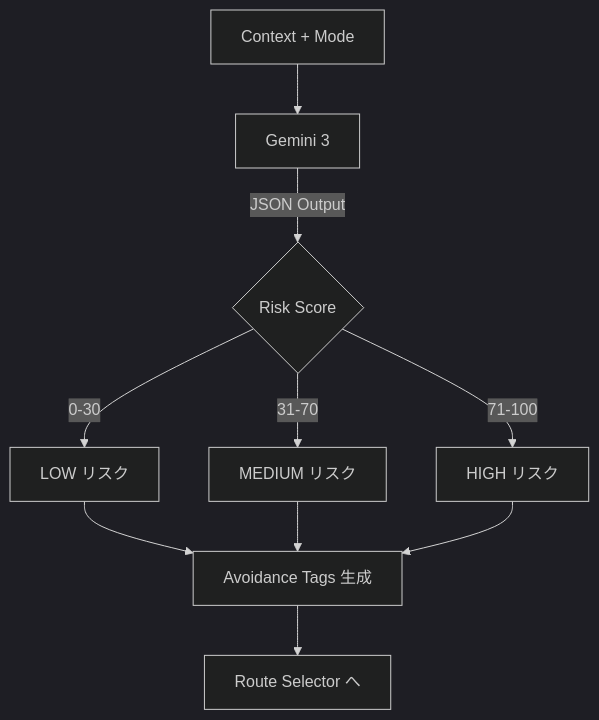
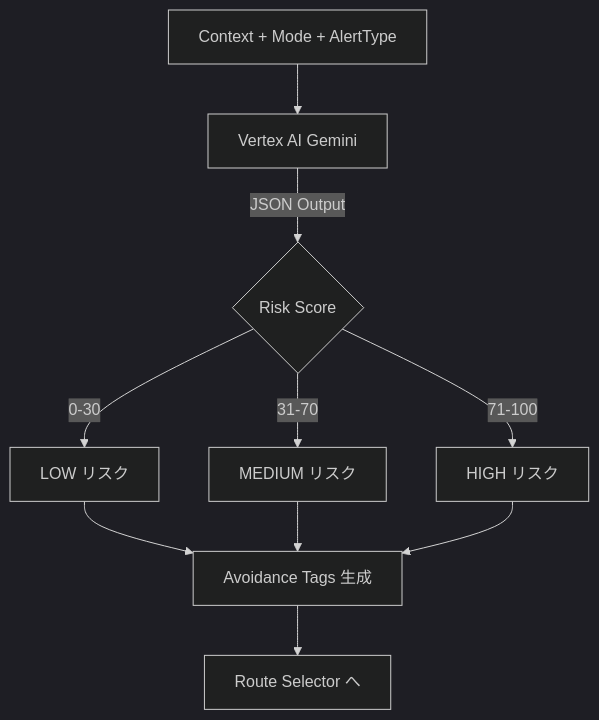
The second of 4 diagrams in Docs/確定/diagrams/08_Agent別詳細図.md (Ryg-appdev/safe-routing-ai-navigation), drawn with Mermaid (dark theme) before and after one commit. The commit also changed other lines of this file and 12 other files, not shown here.

````diff
--- a/Docs/確定/diagrams/08_Agent別詳細図.md
+++ b/Docs/確定/diagrams/08_Agent別詳細図.md
@@ -16,13 +15,13 @@
 ```mermaid
 flowchart TD
-    CTX[Context + Mode] --> G3[Gemini 3]
+    CTX[Context + Mode + AlertType] --> G3[Vertex AI Gemini]
     G3 --> |JSON Output| RS{Risk Score}
     RS -->|0-30| LOW[LOW リスク]
     RS -->|31-70| MED[MEDIUM リスク]
     RS -->|71-100| HIGH[HIGH リスク]
     
     LOW --> TAGS[Avoidance Tags 生成]
     MED --> TAGS
     HIGH --> TAGS
     TAGS --> A3[Route Selector へ]
 ```
````
